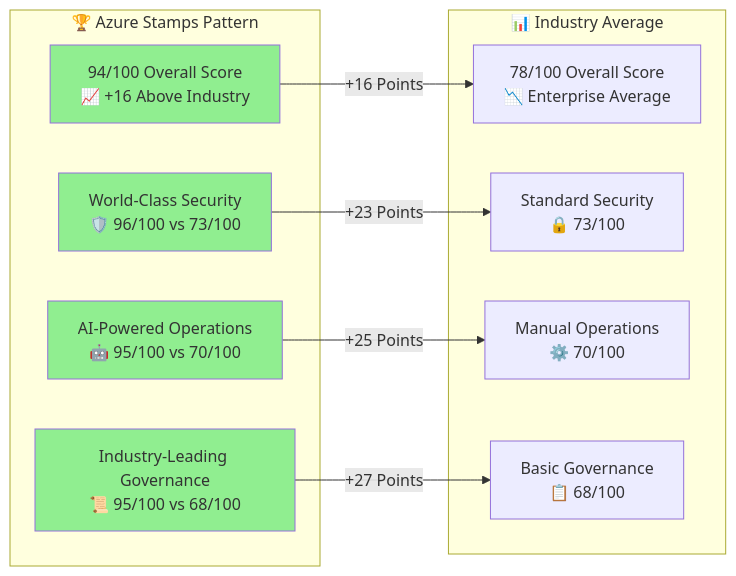
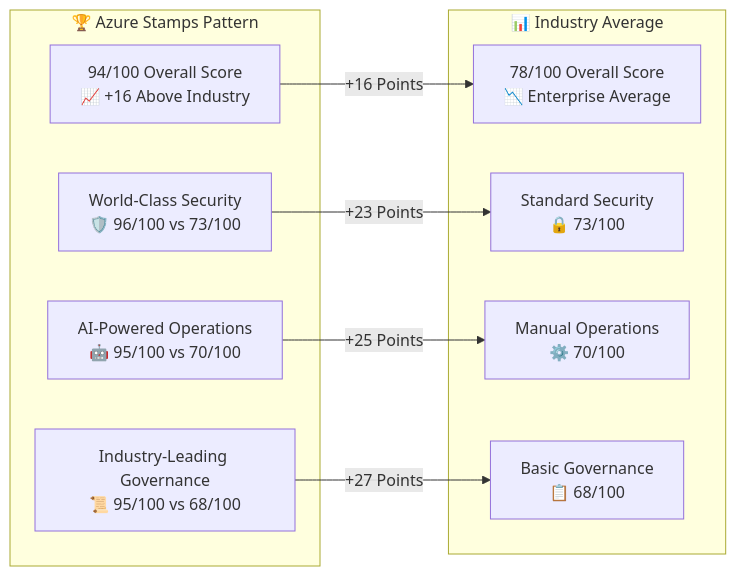
One commit to srnichols/StampsPattern changed the second of 2 diagrams in docs/CAF_WAF_COMPLIANCE_ANALYSIS.md. Above: the diagram before and after it, drawn with Mermaid. The commit also changed other lines of this file and 10 other files, not shown here.

Commit message:
docs: add Mermaid theme sample with per-diagram init (neutral/dark)

````diff
--- a/docs/CAF_WAF_COMPLIANCE_ANALYSIS.md
+++ b/docs/CAF_WAF_COMPLIANCE_ANALYSIS.md
@@ -137,26 +132,22 @@
 ```mermaid
 graph LR
     subgraph "🏆 Azure Stamps Pattern"
         A1[94/100 Overall Score<br/>📈 +16 Above Industry]
         A2[World-Class Security<br/>🛡️ 96/100 vs 73/100]
         A3[AI-Powered Operations<br/>🤖 95/100 vs 70/100]
         A4[Industry-Leading Governance<br/>📜 95/100 vs 68/100]
     end
     
     subgraph "📊 Industry Average"
         B1[78/100 Overall Score<br/>📉 Enterprise Average]
         B2[Standard Security<br/>🔒 73/100]
         B3[Manual Operations<br/>⚙️ 70/100]
         B4[Basic Governance<br/>📋 68/100]
     end
     
     A1 -->|+16 Points| B1
     A2 -->|+23 Points| B2
     A3 -->|+25 Points| B3
     A4 -->|+27 Points| B4
-    
-    style A1 fill:#90EE90
-    style A2 fill:#90EE90
-    style A3 fill:#90EE90
-    style A4 fill:#90EE90
+
 ```
````
